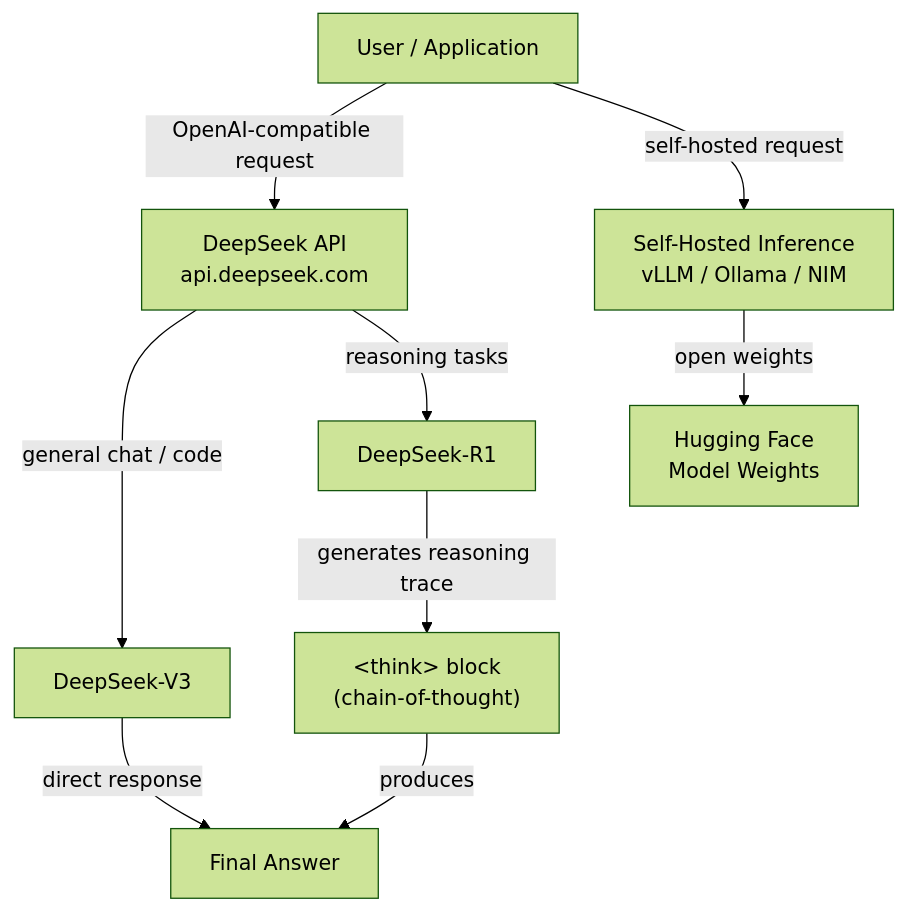
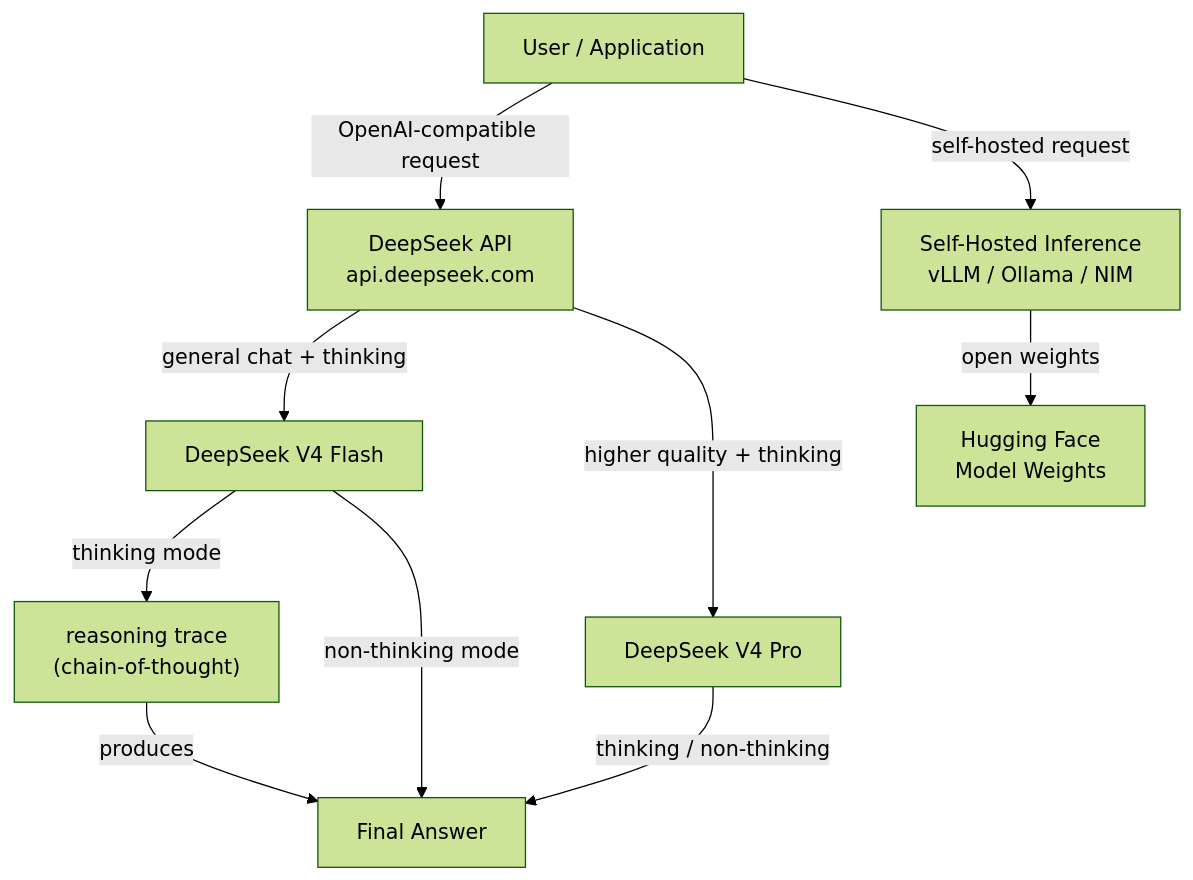
The diagram in next/content/docs/en/model-providers/deepseek.mdx (EmersonBraun/ai-summary-hub), drawn with Mermaid (forest theme) before and after one commit. The commit also changed other lines of this file and 211 other files, not shown here.

````diff
--- a/next/content/docs/en/model-providers/deepseek.mdx
+++ b/next/content/docs/en/model-providers/deepseek.mdx
@@ -37,13 +52,14 @@
 ```mermaid
 flowchart TD
   U[User / Application] -->|OpenAI-compatible request| API[DeepSeek API\napi.deepseek.com]
   U -->|self-hosted request| SH[Self-Hosted Inference\nvLLM / Ollama / NIM]
 
-  API -->|general chat / code| V3[DeepSeek-V3]
-  API -->|reasoning tasks| R1[DeepSeek-R1]
+  API -->|general chat + thinking| V4F[DeepSeek V4 Flash]
+  API -->|higher quality + thinking| V4P[DeepSeek V4 Pro]
   SH -->|open weights| HF[Hugging Face\nModel Weights]
 
-  R1 -->|generates reasoning trace| THINK["&lt;think&gt; block\n(chain-of-thought)"]
+  V4F -->|thinking mode| THINK["reasoning trace\n(chain-of-thought)"]
   THINK -->|produces| ANS[Final Answer]
-  V3 -->|direct response| ANS
+  V4F -->|non-thinking mode| ANS
+  V4P -->|thinking / non-thinking| ANS
 ```
````
